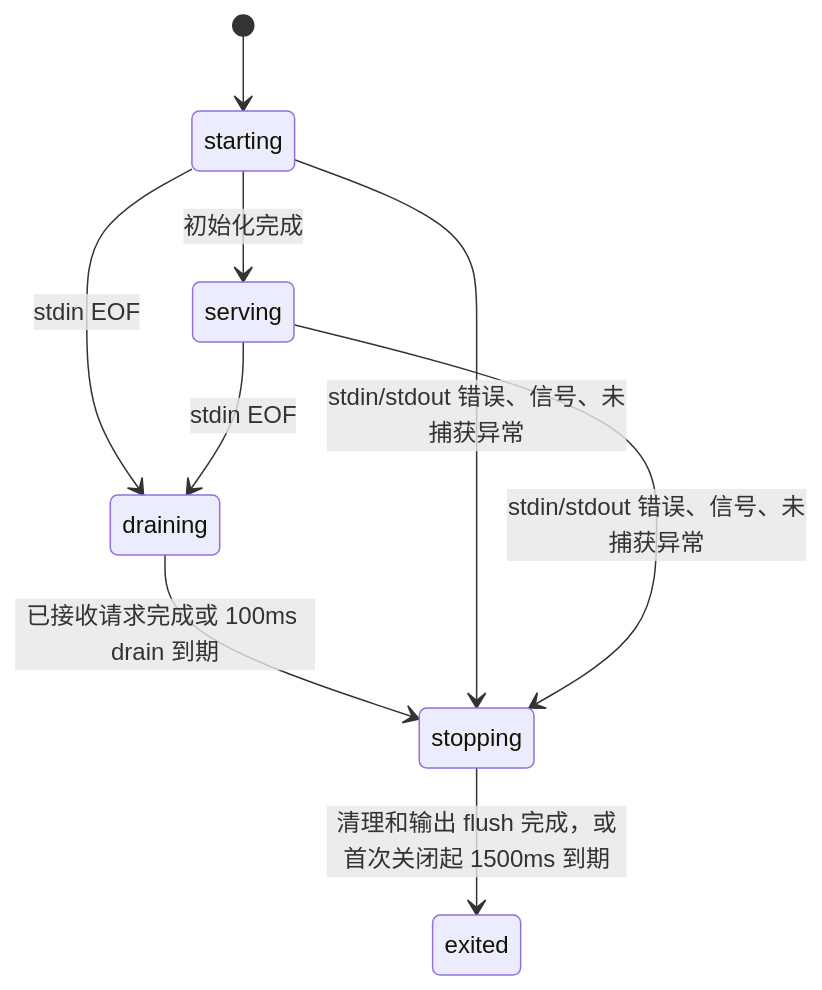
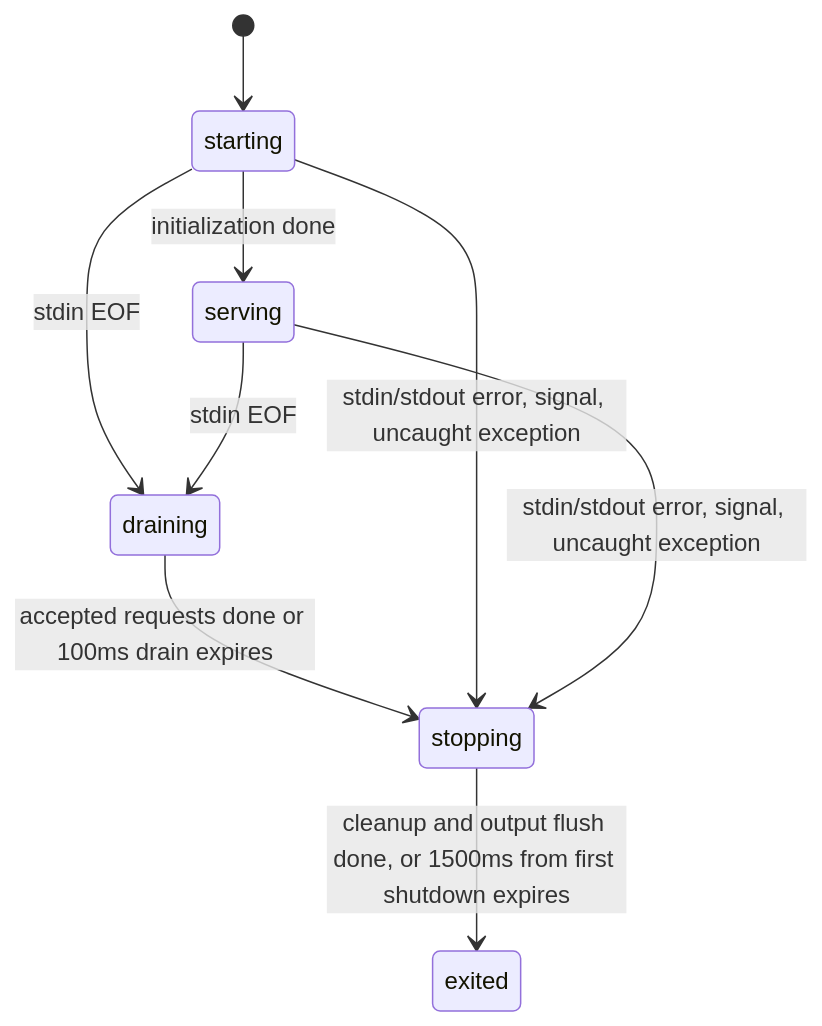
The diagram in apps/zcode-cli/docs/design/v2/zcode-protocol-agent-server.md (osben/ZCode), drawn with Mermaid before and after one commit. The commit also changed other lines of this file and 9 other files, not shown here.

````diff
--- a/apps/zcode-cli/docs/design/v2/zcode-protocol-agent-server.md
+++ b/apps/zcode-cli/docs/design/v2/zcode-protocol-agent-server.md
@@ -62,11 +49,11 @@
 ```mermaid
 stateDiagram-v2
   [*] --> starting
-  starting --> serving: 初始化完成
+  starting --> serving: initialization done
   starting --> draining: stdin EOF
   serving --> draining: stdin EOF
-  draining --> stopping: 已接收请求完成或 100ms drain 到期
-  starting --> stopping: stdin/stdout 错误、信号、未捕获异常
-  serving --> stopping: stdin/stdout 错误、信号、未捕获异常
-  stopping --> exited: 清理和输出 flush 完成，或首次关闭起 1500ms 到期
+  draining --> stopping: accepted requests done or 100ms drain expires
+  starting --> stopping: stdin/stdout error, signal, uncaught exception
+  serving --> stopping: stdin/stdout error, signal, uncaught exception
+  stopping --> exited: cleanup and output flush done, or 1500ms from first shutdown expires
 ```
````
